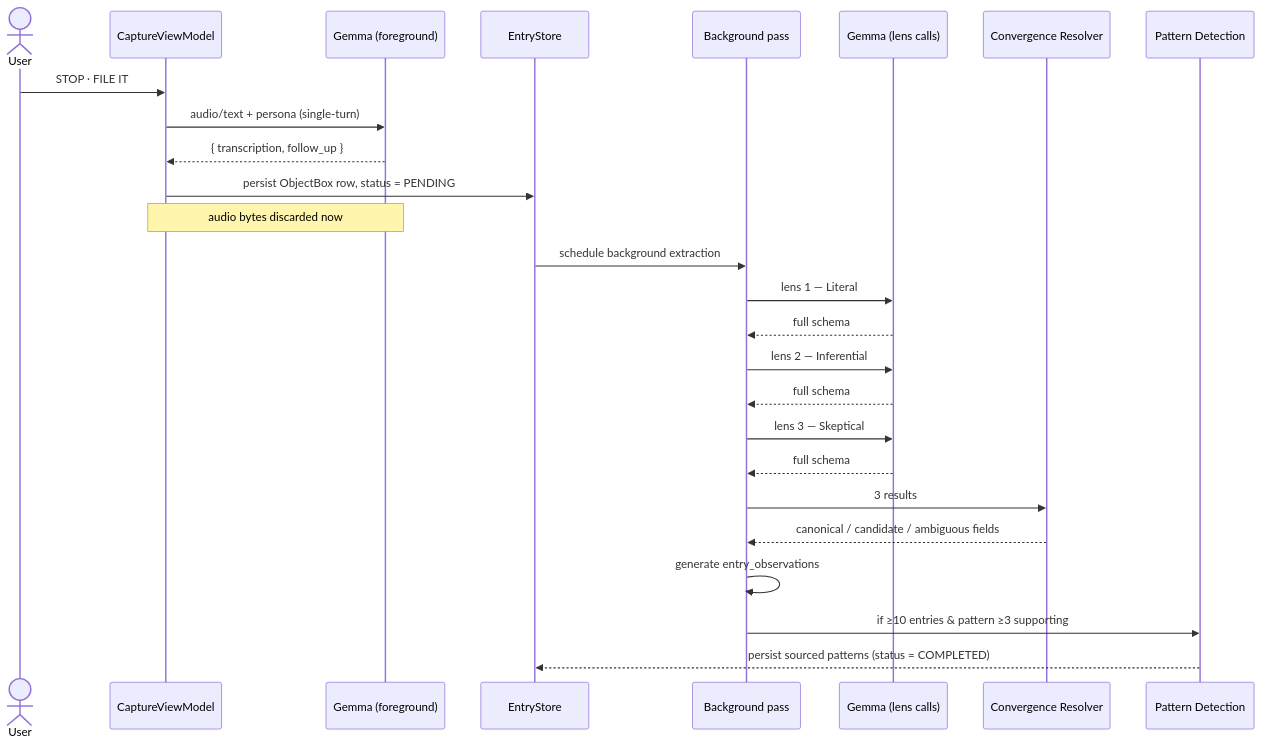
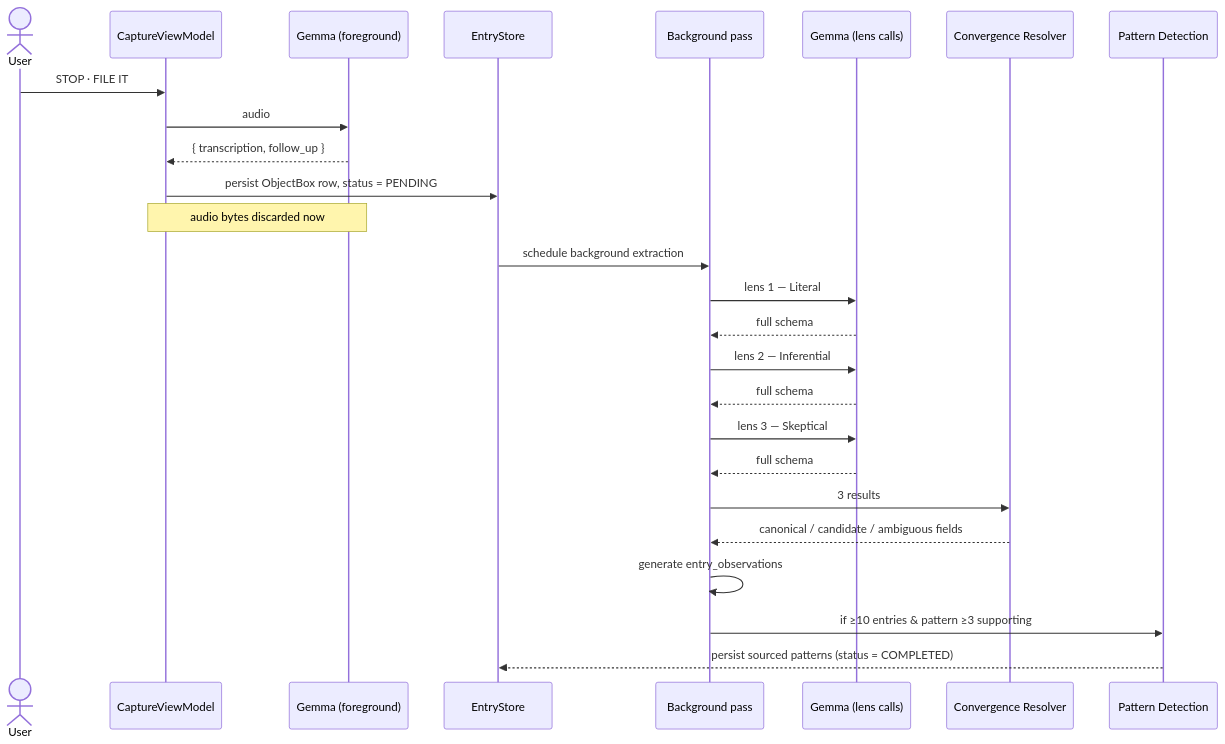
One commit to anchildress1/vestige changed the second of 5 diagrams in docs/diagrams/llm-functionality.md. Above: the diagram before and after it, drawn with Mermaid. The commit also changed other lines of this file and 22 other files, not shown here.

First line of the commit message:
fix(inference): restore inline foreground follow-up

````diff
--- a/docs/diagrams/llm-functionality.md
+++ b/docs/diagrams/llm-functionality.md
@@ -52,32 +52,32 @@
 ```mermaid
 sequenceDiagram
     accTitle: Two-tier foreground and background inference sequence
-    accDescr: User stops recording. The foreground Gemma call returns transcription and follow-up. EntryStore persists an ObjectBox row and marks extraction PENDING. The background pass runs three sequential lens calls, the resolver writes fields, entry observations are generated, then pattern detection runs if the threshold is met.
+    accDescr: User stops recording. The foreground Gemma call returns transcription and one follow-up. EntryStore persists an ObjectBox row and marks extraction PENDING. The background pass runs three sequential lens calls, the resolver writes fields, entry observations are generated, then pattern detection runs if the threshold is met.
 
     actor U as User
     participant Cap as CaptureViewModel
     participant FG as Gemma (foreground)
     participant ES as EntryStore
     participant BG as Background pass
     participant LM as Gemma (lens calls)
     participant CR as Convergence Resolver
     participant PD as Pattern Detection
 
     U->>Cap: STOP · FILE IT
-    Cap->>FG: audio/text + persona (single-turn)
+    Cap->>FG: audio
     FG-->>Cap: { transcription, follow_up }
     Cap->>ES: persist ObjectBox row, status = PENDING
     Note over FG,Cap: audio bytes discarded now
     ES->>BG: schedule background extraction
     BG->>LM: lens 1 — Literal
     LM-->>BG: full schema
     BG->>LM: lens 2 — Inferential
     LM-->>BG: full schema
     BG->>LM: lens 3 — Skeptical
     LM-->>BG: full schema
     BG->>CR: 3 results
     CR-->>BG: canonical / candidate / ambiguous fields
     BG->>BG: generate entry_observations
     BG->>PD: if ≥10 entries & pattern ≥3 supporting
     PD-->>ES: persist sourced patterns (status = COMPLETED)
 ```
````
